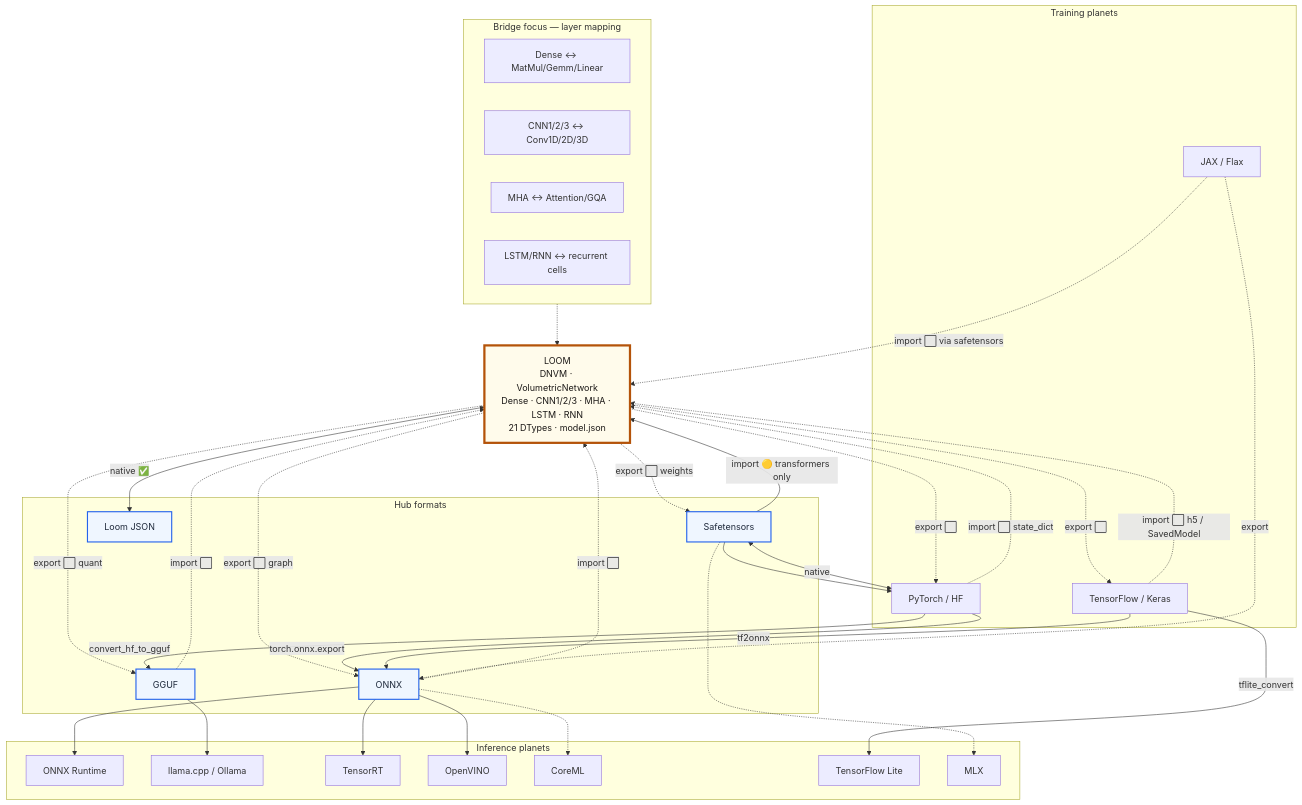
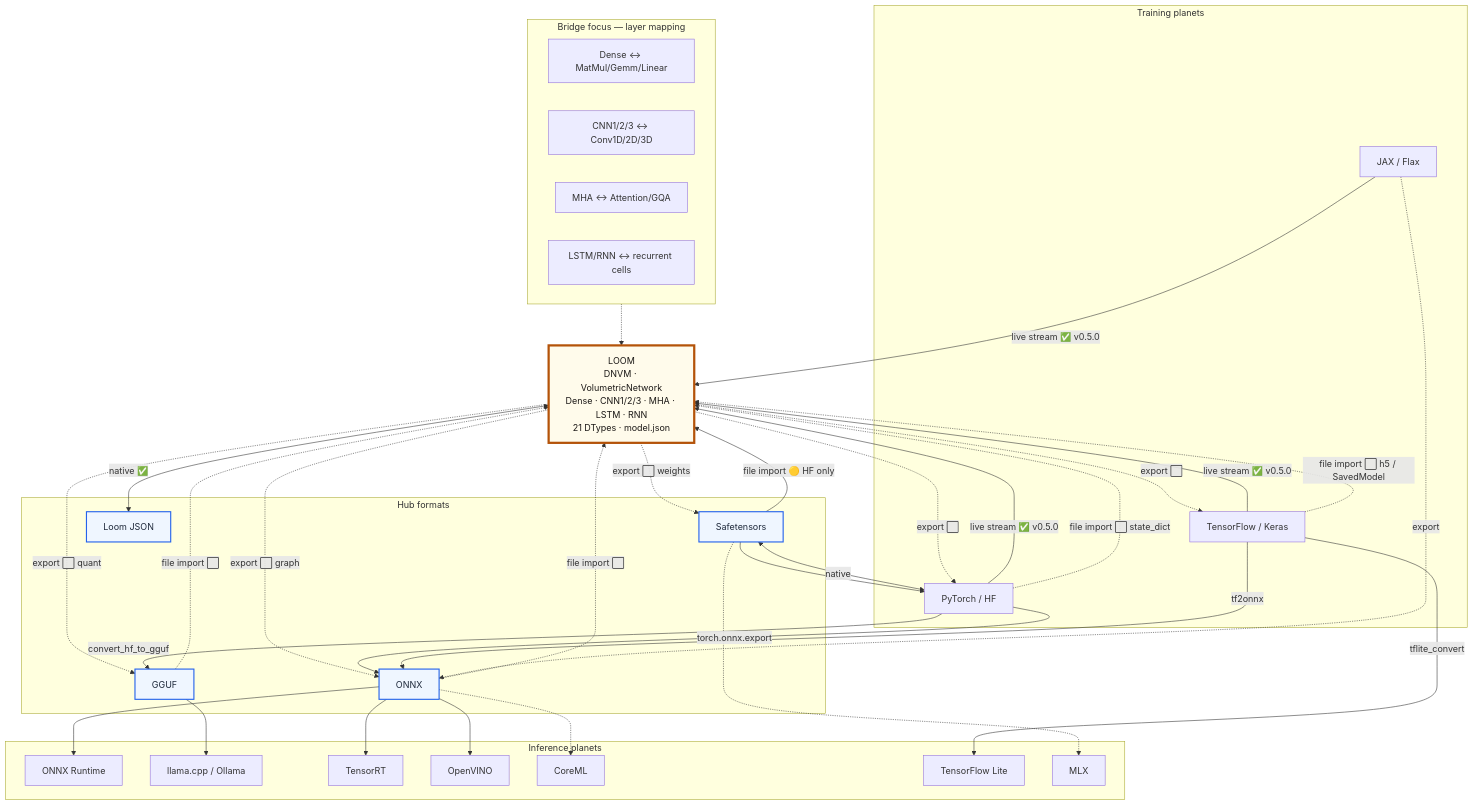
The second of 2 diagrams in README.md (openfluke/planetbridging), drawn with Mermaid before and after one commit. The commit also changed other lines of this file and 6 other files, not shown here.

```diff
--- a/README.md
+++ b/README.md
@@ -183,15 +253,17 @@
     %% Loom native
     LOOM <-->|"native ✅"| LJ
 
-    %% Into Loom — partial
-    ST -->|"import 🟡 transformers only"| LOOM
+    %% Into Loom — v0.5.0 live stream
+    PT -->|"live stream ✅ v0.5.0"| LOOM
+    TF -->|"live stream ✅ v0.5.0"| LOOM
+    JAX -->|"live stream ✅ v0.5.0"| LOOM
 
-    %% Into Loom — unexplored
-    ONNX -.->|"import ⬜"| LOOM
-    GGUF -.->|"import ⬜"| LOOM
-    PT -.->|"import ⬜ state_dict"| LOOM
-    TF -.->|"import ⬜ h5 / SavedModel"| LOOM
-    JAX -.->|"import ⬜ via safetensors"| LOOM
+    %% Into Loom — file import (v1.x)
+    ST -->|"file import 🟡 HF only"| LOOM
+    ONNX -.->|"file import ⬜"| LOOM
+    GGUF -.->|"file import ⬜"| LOOM
+    PT -.->|"file import ⬜ state_dict"| LOOM
+    TF -.->|"file import ⬜ h5 / SavedModel"| LOOM
 
     %% Out of Loom — unexplored
     LOOM -.->|"export ⬜ weights"| ST
```
